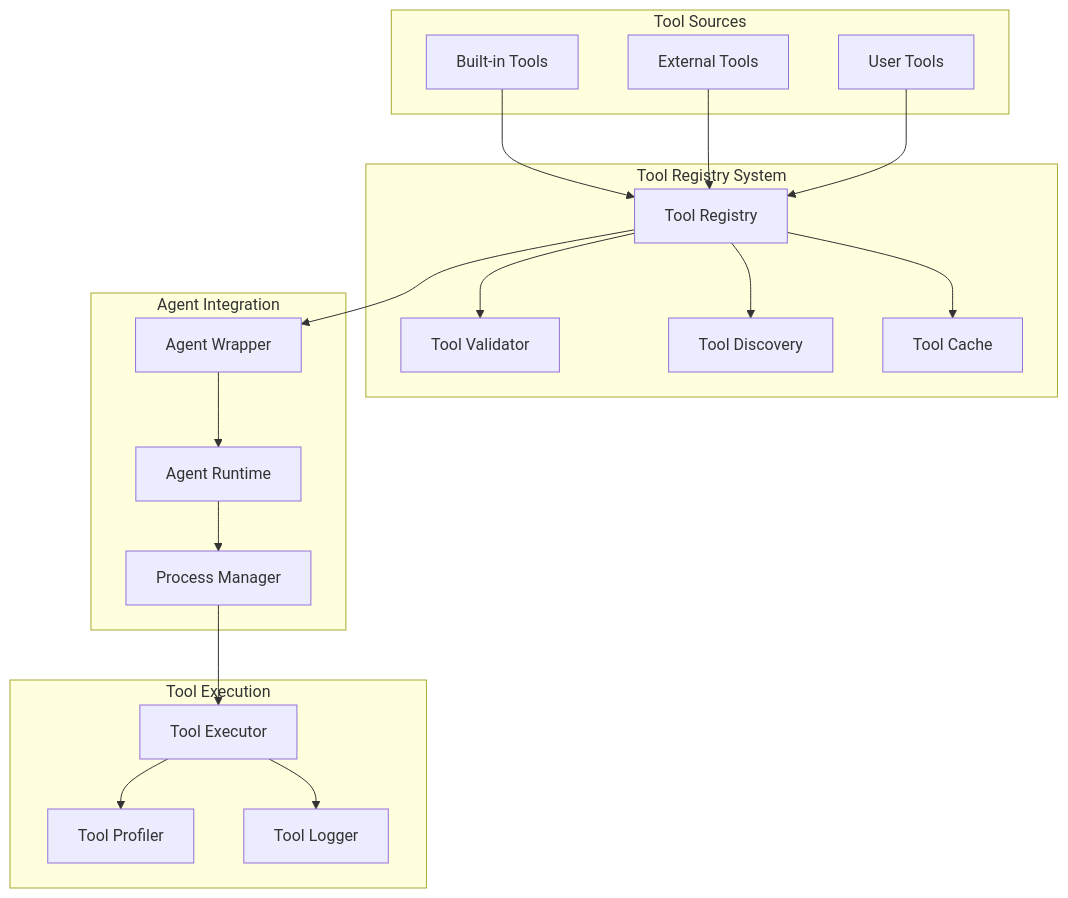
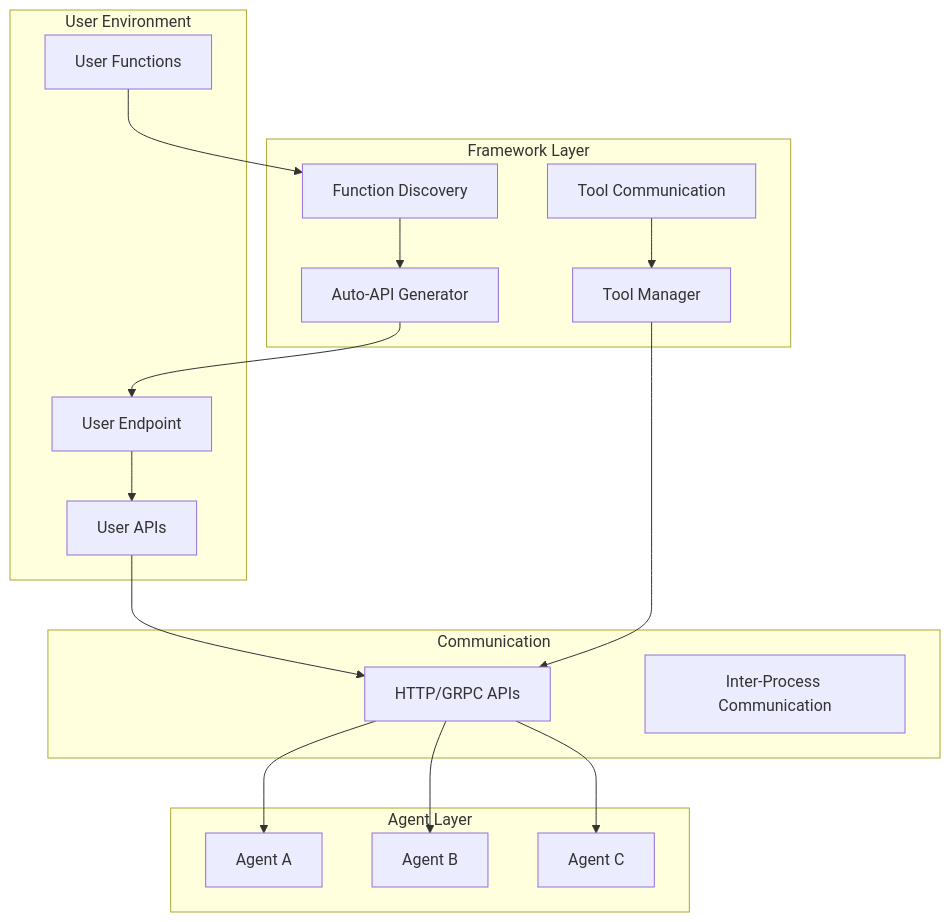
The diagram in docs/.implementation_design/phase2.5_semantic_progress_tools/core/01_tool_registry_design.md (agentplug/agenthub), drawn with Mermaid before and after one commit. The commit also changed other lines of this file, not shown here.

First line of the commit message:
docs: redesign tool registry document title and overview

````diff
--- a/docs/.implementation_design/phase2.5_semantic_progress_tools/core/01_tool_registry_design.md
+++ b/docs/.implementation_design/phase2.5_semantic_progress_tools/core/01_tool_registry_design.md
@@ -18,40 +18,37 @@
 ```mermaid
 graph TB
-    subgraph "Tool Registry System"
-        TR[Tool Registry]
-        TV[Tool Validator]
-        TD[Tool Discovery]
-        TC[Tool Cache]
+    subgraph "User Environment"
+        UF[User Functions]
+        UE[User Endpoint]
+        UA[User APIs]
     end
 
-    subgraph "Tool Sources"
-        BT[Built-in Tools]
-        ET[External Tools]
-        UT[User Tools]
+    subgraph "Framework Layer"
+        FD[Function Discovery]
+        AG[Auto-API Generator]
+        TM[Tool Manager]
+        TC[Tool Communication]
     end
 
-    subgraph "Agent Integration"
-        AW[Agent Wrapper]
-        AR[Agent Runtime]
-        PM[Process Manager]
+    subgraph "Agent Layer"
+        AG1[Agent A]
+        AG2[Agent B]
+        AG3[Agent C]
     end
 
-    subgraph "Tool Execution"
-        TE[Tool Executor]
-        TP[Tool Profiler]
-        TL[Tool Logger]
+    subgraph "Communication"
+        API[HTTP/GRPC APIs]
+        IPC[Inter-Process Communication]
     end
 
-    BT --> TR
-    ET --> TR
-    UT --> TR
-    TR --> TV
-    TR --> TD
-    TR --> TC
-    TR --> AW
-    AW --> AR
-    AR --> PM
-    PM --> TE
-    TE --> TP
-    TE --> TL
+    UF --> FD
+    FD --> AG
+    AG --> UE
+    UE --> UA
+    UA --> API
+    TM --> API
+    API --> AG1
+    API --> AG2
+    API --> AG3
+    TC --> TM
 ```
````
